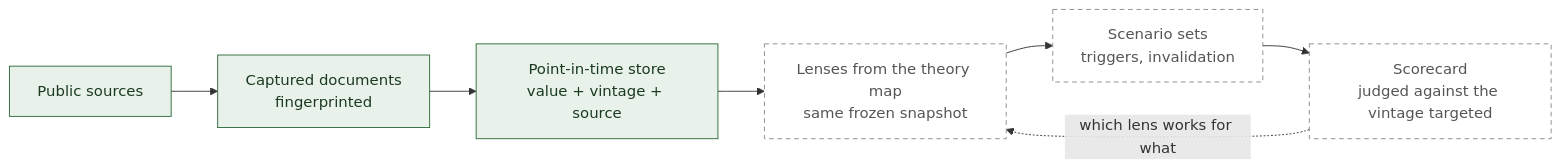
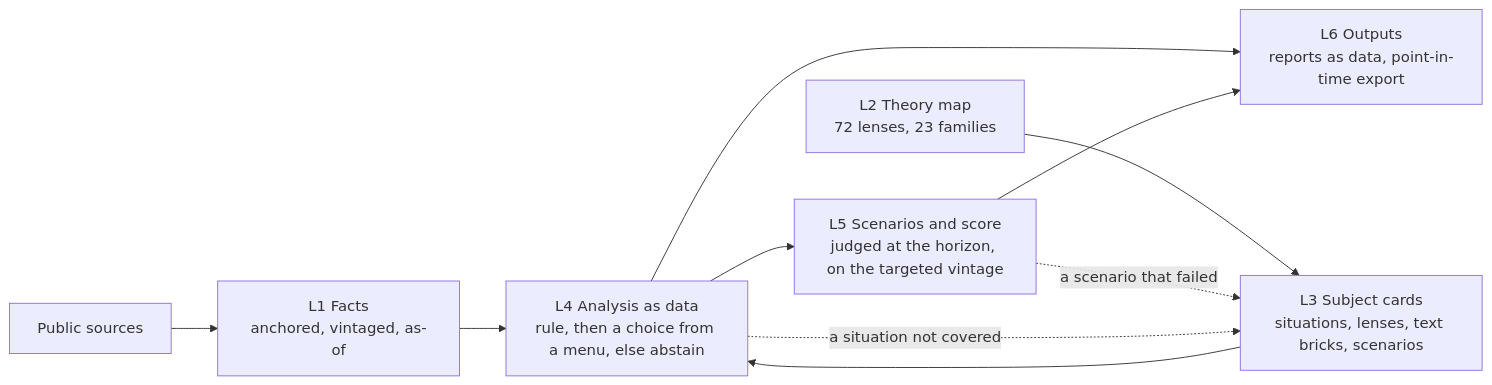
Before and after one commit to Sami-Andaloussi/atlas-research: the diagram in README.md, drawn with Mermaid. The commit also changed other lines of this file and 23 other files, not shown here.

````diff
--- a/README.md
+++ b/README.md
@@ -92,13 +30,12 @@
 ```mermaid
 flowchart LR
-  A["Public sources"] --> B["Captured documents<br/>fingerprinted"]
-  B --> C["Point-in-time store<br/>value + vintage + source"]
-  C --> D["Lenses from the theory map<br/>same frozen snapshot"]
-  D --> E["Scenario sets<br/>triggers, invalidation"]
-  E --> F["Scorecard<br/>judged against the vintage targeted"]
-  F -. "which lens works for what" .-> D
-  classDef built fill:#e8f1ea,stroke:#2f6b3a,color:#1b3a20;
-  classDef planned fill:#ffffff,stroke:#8a8a8a,stroke-dasharray:5 4,color:#555555;
-  class A,B,C built;
-  class D,E,F planned;
+    src["Public sources"] --> L1["L1 Facts<br/>anchored, vintaged, as-of"]
+    L2["L2 Theory map<br/>72 lenses, 23 families"] --> L3["L3 Subject cards<br/>situations, lenses, text bricks, scenarios"]
+    L1 --> L4["L4 Analysis as data<br/>rule, then a choice from a menu, else abstain"]
+    L3 --> L4
+    L4 --> L5["L5 Scenarios and score<br/>judged at the horizon, on the targeted vintage"]
+    L4 --> L6["L6 Outputs<br/>reports as data, point-in-time export"]
+    L5 --> L6
+    L5 -.->|"a scenario that failed"| L3
+    L4 -.->|"a situation not covered"| L3
 ```
````
